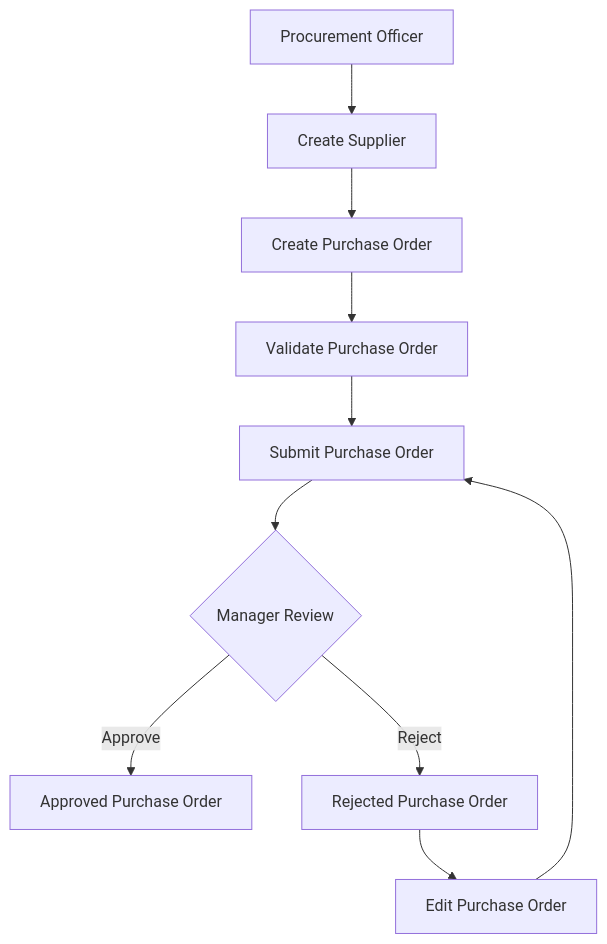
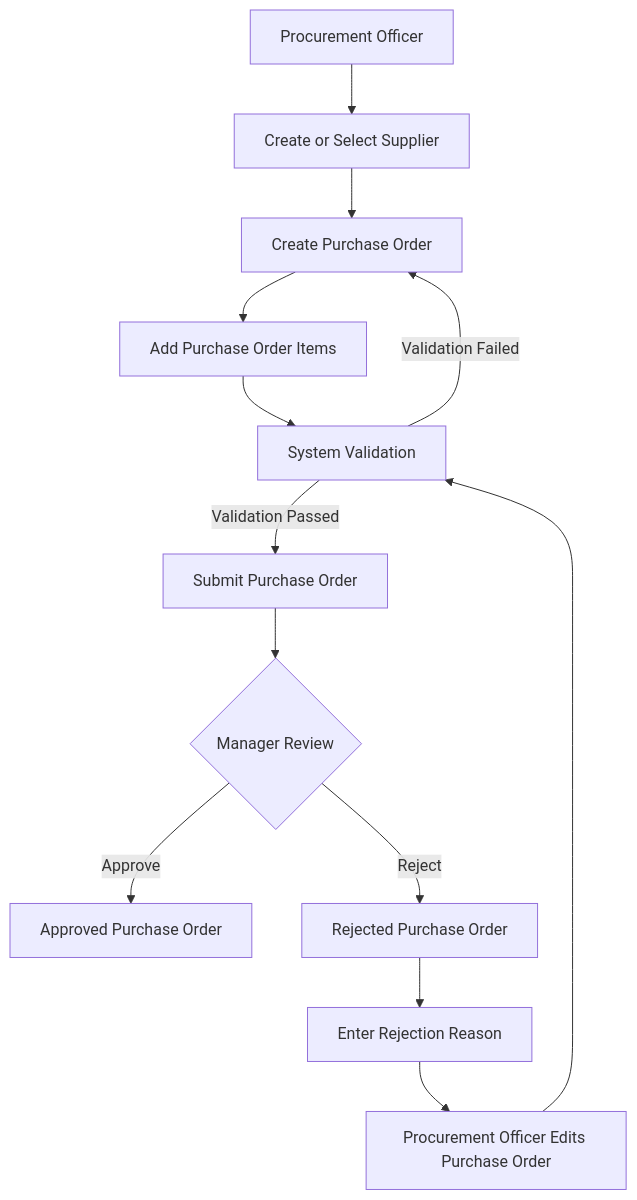
The diagram in docs/business/procurement-workflow.md (pranidhie/nexora), drawn with Mermaid before and after one commit. The commit also changed other lines of this file, not shown here.

Commit message:
docs: add procurement workflow

````diff
--- a/docs/business/procurement-workflow.md
+++ b/docs/business/procurement-workflow.md
@@ -11,21 +9,15 @@
 ```mermaid
 flowchart TD
-
-A[Procurement Officer] --> B[Create Supplier]
-
-B --> C[Create Purchase Order]
-
-C --> D[Validate Purchase Order]
-
-D --> E[Submit Purchase Order]
-
-E --> F{Manager Review}
-
-F -->|Approve| G[Approved Purchase Order]
-
-F -->|Reject| H[Rejected Purchase Order]
-
-H --> I[Edit Purchase Order]
-
-I --> E
+    A[Procurement Officer] --> B[Create or Select Supplier]
+    B --> C[Create Purchase Order]
+    C --> D[Add Purchase Order Items]
+    D --> E[System Validation]
+    E -->|Validation Failed| C
+    E -->|Validation Passed| F[Submit Purchase Order]
+    F --> G{Manager Review}
+    G -->|Approve| H[Approved Purchase Order]
+    G -->|Reject| I[Rejected Purchase Order]
+    I --> J[Enter Rejection Reason]
+    J --> K[Procurement Officer Edits Purchase Order]
+    K --> E
 ```
````
